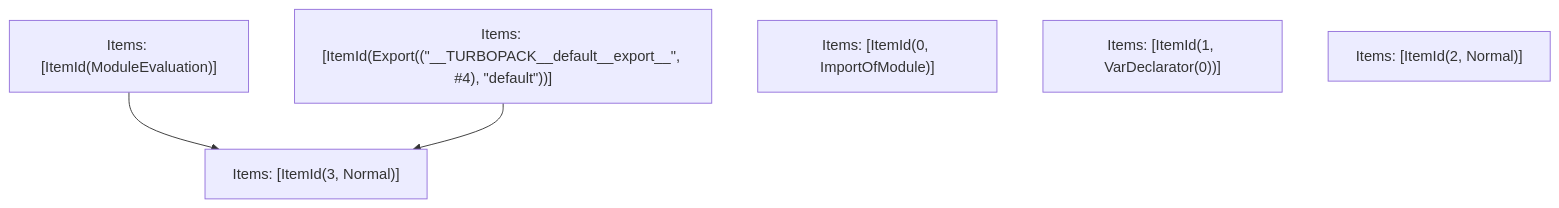
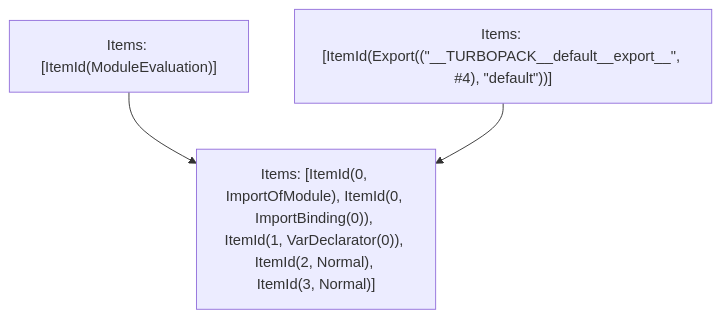
The fifth of 5 diagrams in turbopack/crates/turbopack-ecmascript/tests/tree-shaker/analyzer/node-fetch/output.md (Sonar-UX-Testing-FreePlan/next.js), drawn with Mermaid before and after one commit. The commit also changed other lines of this file and 38 other files, not shown here.

````diff
--- a/turbopack/crates/turbopack-ecmascript/tests/tree-shaker/analyzer/node-fetch/output.md
+++ b/turbopack/crates/turbopack-ecmascript/tests/tree-shaker/analyzer/node-fetch/output.md
@@ -129,11 +129,8 @@
 ```mermaid
 graph TD
     N0["Items: [ItemId(ModuleEvaluation)]"];
     N1["Items: [ItemId(Export((&quot;__TURBOPACK__default__export__&quot;, #4), &quot;default&quot;))]"];
-    N2["Items: [ItemId(3, Normal)]"];
-    N3["Items: [ItemId(0, ImportOfModule)]"];
-    N4["Items: [ItemId(1, VarDeclarator(0))]"];
-    N5["Items: [ItemId(2, Normal)]"];
+    N2["Items: [ItemId(0, ImportOfModule), ItemId(0, ImportBinding(0)), ItemId(1, VarDeclarator(0)), ItemId(2, Normal), ItemId(3, Normal)]"];
     N0 --> N2;
     N1 --> N2;
 ```
````
